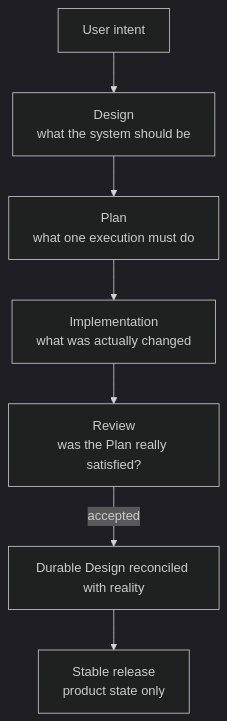
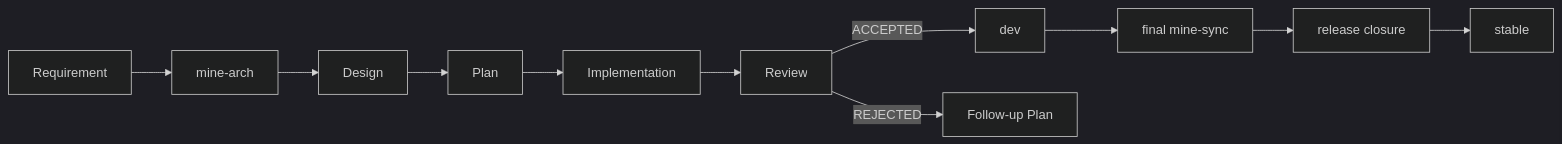
One commit to 6ixGODD/mine-is-not-everyones changed the first of 4 diagrams in docs/concepts.md. Above: the diagram before and after it, drawn with Mermaid (dark theme). The commit also changed other lines of this file and 20 other files, not shown here.

First line of the commit message:
release: v0.1.4 - scope-first mine-plan-create

````diff
--- a/docs/concepts.md
+++ b/docs/concepts.md
@@ -14,9 +19,13 @@
 ```mermaid
-flowchart TD
-    U[User intent] --> D[Design\nwhat the system should be]
-    D --> P[Plan\nwhat one execution must do]
-    P --> I[Implementation\nwhat was actually changed]
-    I --> R[Review\nwas the Plan really satisfied?]
-    R -->|accepted| D2[Durable Design reconciled with reality]
-    D2 --> S[Stable release\nproduct state only]
+flowchart LR
+    U[Requirement] --> A[mine-arch]
+    A --> D[Design]
+    D --> P[Plan]
+    P --> I[Implementation]
+    I --> R[Review]
+    R -->|ACCEPTED| DEV[dev]
+    R -->|REJECTED| P2[Follow-up Plan]
+    DEV --> S[final mine-sync]
+    S --> C[release closure]
+    C --> ST[stable]
 ```
````
